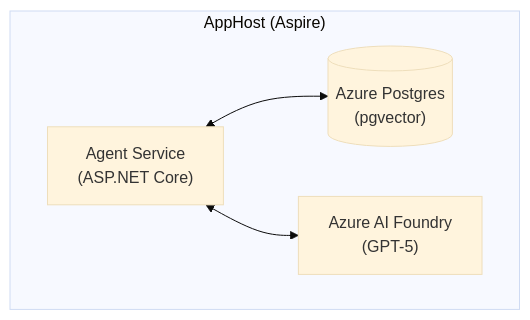
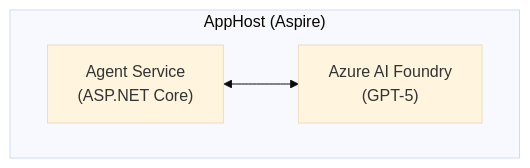
One commit to seiggy/agent-unit-testing changed the diagram in README.md. Above: the diagram before and after it, drawn with Mermaid (base theme). The commit also changed other lines of this file and 188 other files, not shown here.

````diff
--- a/README.md
+++ b/README.md
@@ -19,12 +27,10 @@
 ```mermaid
 flowchart TB
     subgraph AppHost["AppHost (Aspire)"]
         direction LR
         Agent["Agent Service<br/>(ASP.NET Core)"]
-        Postgres[("Azure Postgres<br/>(pgvector)")]
         Foundry["Azure AI Foundry<br/>(GPT-5)"]
         
-        Agent <--> Postgres
         Agent <--> Foundry
     end
 ```
````
